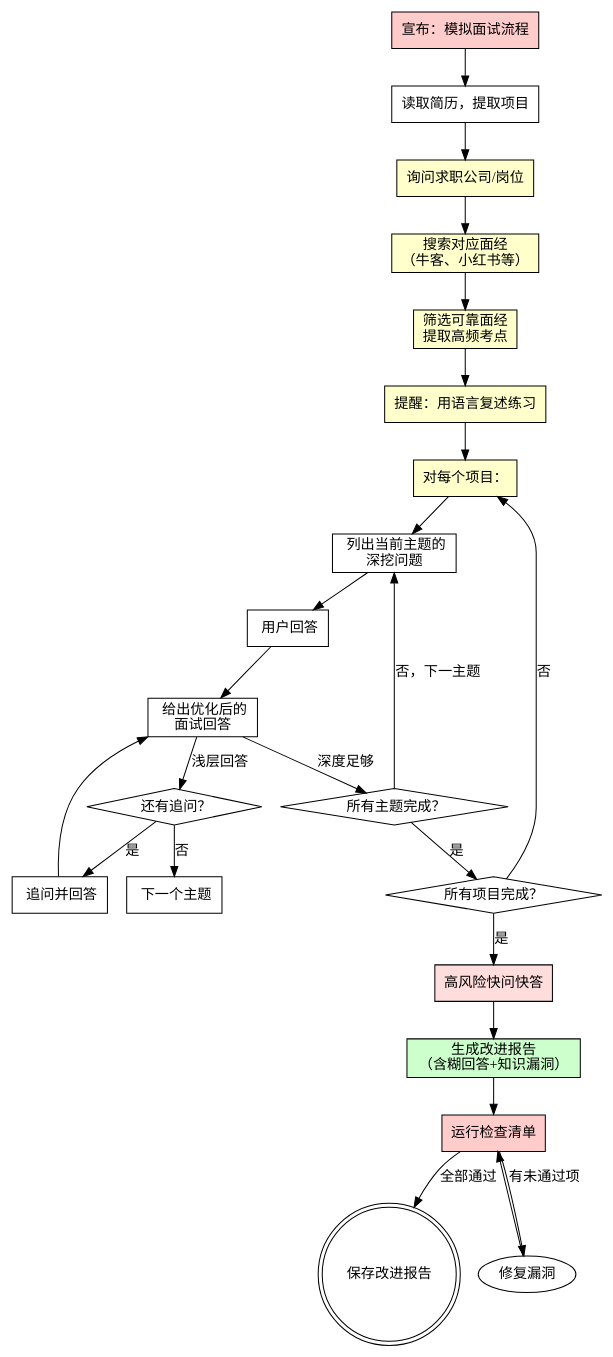
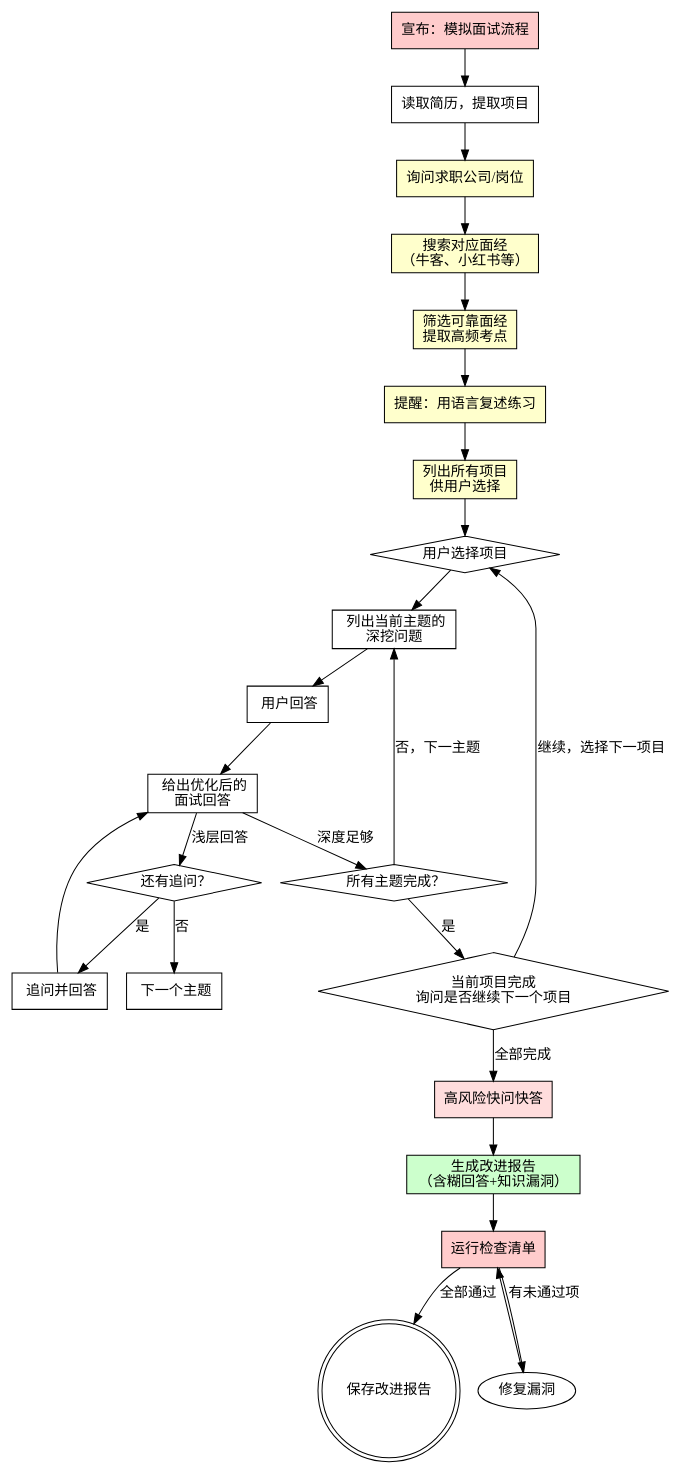
Before and after one commit to Wood-Q/Mokio-Interview-Skill: the diagram in skills/mokio-interview-skill/mock-interview.md, drawn with Graphviz. The commit also changed other lines of this file, not shown here.

````diff
--- a/skills/mokio-interview-skill/mock-interview.md
+++ b/skills/mokio-interview-skill/mock-interview.md
@@ -35,48 +36,50 @@
 ```dot
 digraph mock_interview {
     rankdir=TB;
     "宣布：模拟面试流程" [shape=box, style=filled, fillcolor="#ffcccc"];
     "读取简历，提取项目" [shape=box];
     "询问求职公司/岗位" [shape=box, style=filled, fillcolor="#ffffcc"];
     "搜索对应面经\n（牛客、小红书等）" [shape=box, style=filled, fillcolor="#ffffcc"];
     "筛选可靠面经\n提取高频考点" [shape=box, style=filled, fillcolor="#ffffcc"];
     "提醒：用语言复述练习" [shape=box, style=filled, fillcolor="#ffffcc"];
-    "对每个项目：" [shape=box, style=filled, fillcolor="#ffffcc"];
+    "列出所有项目\n供用户选择" [shape=box, style=filled, fillcolor="#ffffcc"];
+    "用户选择项目" [shape=diamond];
     "  列出当前主题的\n深挖问题" [shape=box];
     "  用户回答" [shape=box];
     "  给出优化后的\n面试回答" [shape=box];
     "  还有追问？" [shape=diamond];
     "  追问并回答" [shape=box];
     "  下一个主题" [shape=box];
     "  所有主题完成？" [shape=diamond];
-    "所有项目完成？" [shape=diamond];
+    "当前项目完成\n询问是否继续下一个项目" [shape=diamond];
     "高风险快问快答" [shape=box, style=filled, fillcolor="#ffdddd"];
     "生成改进报告\n（含糊回答+知识漏洞）" [shape=box, style=filled, fillcolor="#ccffcc"];
     "运行检查清单" [shape=box, style=filled, fillcolor="#ffcccc"];
     "保存改进报告" [shape=doublecircle];
 
     "宣布：模拟面试流程" -> "读取简历，提取项目";
     "读取简历，提取项目" -> "询问求职公司/岗位";
     "询问求职公司/岗位" -> "搜索对应面经\n（牛客、小红书等）";
     "搜索对应面经\n（牛客、小红书等）" -> "筛选可靠面经\n提取高频考点";
     "筛选可靠面经\n提取高频考点" -> "提醒：用语言复述练习";
-    "提醒：用语言复述练习" -> "对每个项目：";
-    "对每个项目：" -> "  列出当前主题的\n深挖问题";
+    "提醒：用语言复述练习" -> "列出所有项目\n供用户选择";
+    "列出所有项目\n供用户选择" -> "用户选择项目";
+    "用户选择项目" -> "  列出当前主题的\n深挖问题";
     "  列出当前主题的\n深挖问题" -> "  用户回答";
     "  用户回答" -> "  给出优化后的\n面试回答";
     "  给出优化后的\n面试回答" -> "  还有追问？" [label="浅层回答"];
     "  还有追问？" -> "  追问并回答" [label="是"];
     "  还有追问？" -> "  下一个主题" [label="否"];
     "  追问并回答" -> "  给出优化后的\n面试回答";
     "  给出优化后的\n面试回答" -> "  所有主题完成？" [label="深度足够"];
     "  所有主题完成？" -> "  列出当前主题的\n深挖问题" [label="否，下一主题"];
-    "  所有主题完成？" -> "所有项目完成？" [label="是"];
-    "所有项目完成？" -> "对每个项目：" [label="否"];
-    "所有项目完成？" -> "高风险快问快答" [label="是"];
+    "  所有主题完成？" -> "当前项目完成\n询问是否继续下一个项目" [label="是"];
+    "当前项目完成\n询问是否继续下一个项目" -> "用户选择项目" [label="继续，选择下一项目"];
+    "当前项目完成\n询问是否继续下一个项目" -> "高风险快问快答" [label="全部完成"];
     "高风险快问快答" -> "生成改进报告\n（含糊回答+知识漏洞）";
     "生成改进报告\n（含糊回答+知识漏洞）" -> "运行检查清单";
     "运行检查清单" -> "保存改进报告" [label="全部通过"];
     "运行检查清单" -> "修复漏洞" [label="有未通过项"];
     "修复漏洞" -> "运行检查清单";
 }
 ```
````
